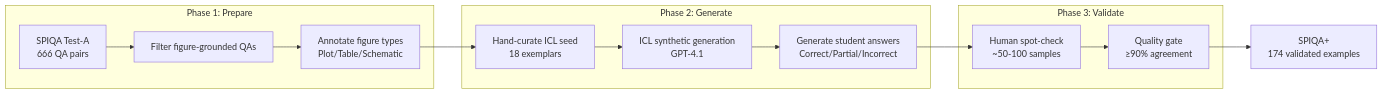
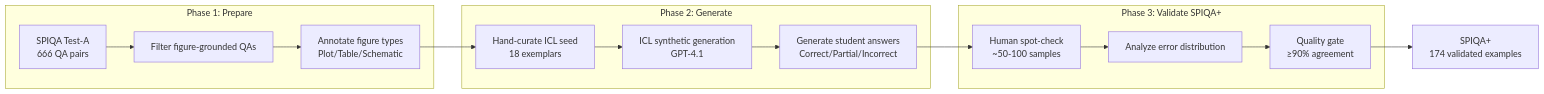
Before and after one commit to diptiaswath/studyCoach: the first of 2 diagrams in results/presentation_outline.md, drawn with Mermaid. The commit also changed other lines of this file, not shown here.

Commit message:
Sync pipeline diagrams: add error distribution step, rename Phase 3

````diff
--- a/results/presentation_outline.md
+++ b/results/presentation_outline.md
@@ -64,20 +64,21 @@
 ```mermaid
 flowchart LR
     subgraph Phase1["Phase 1: Prepare"]
         A[SPIQA Test-A<br/>666 QA pairs] --> B[Filter figure-grounded QAs]
         B --> C[Annotate figure types<br/>Plot/Table/Schematic]
     end
 
     subgraph Phase2["Phase 2: Generate"]
         C --> D[Hand-curate ICL seed<br/>18 exemplars]
         D --> E[ICL synthetic generation<br/>GPT-4.1]
         E --> F[Generate student answers<br/>Correct/Partial/Incorrect]
     end
 
-    subgraph Phase3["Phase 3: Validate"]
+    subgraph Phase3["Phase 3: Validate SPIQA+"]
         F --> H[Human spot-check<br/>~50-100 samples]
-        H --> I[Quality gate<br/>≥90% agreement]
+        H --> I[Analyze error distribution]
+        I --> J[Quality gate<br/>≥90% agreement]
     end
 
-    I --> J[SPIQA+<br/>174 validated examples]
+    J --> K[SPIQA+<br/>174 validated examples]
 ```
````
